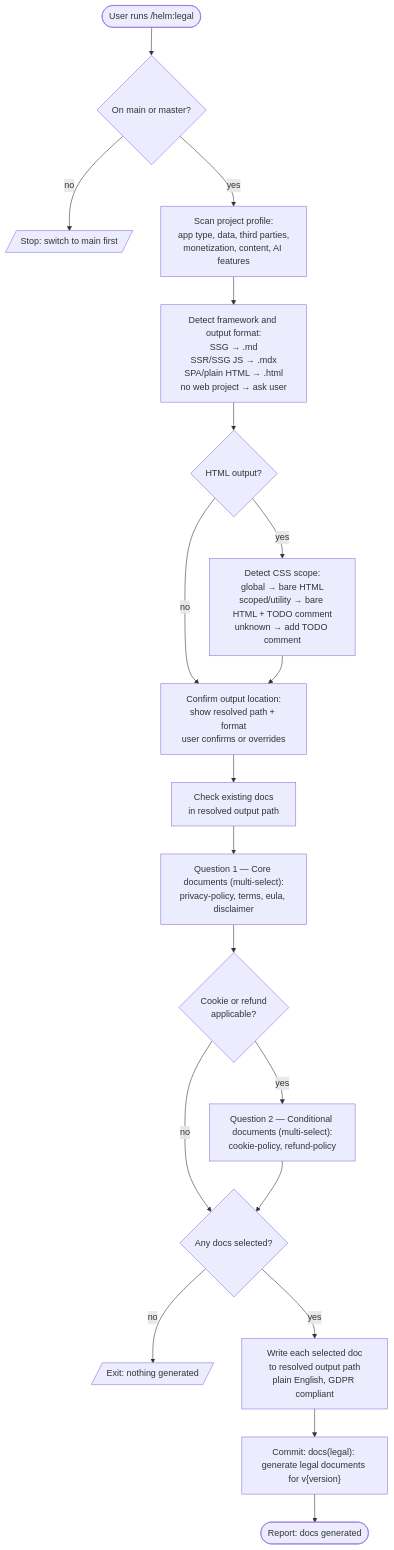
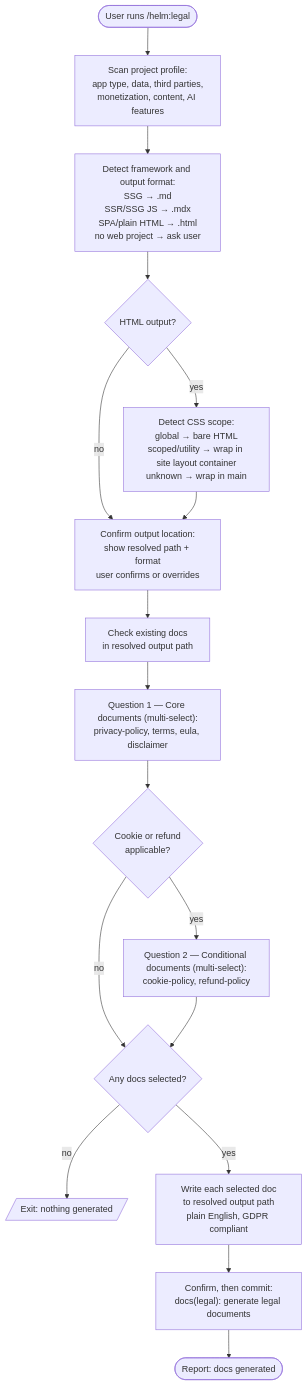
The diagram in docs/commands/legal.md (myowinthein/agent-helm), drawn with Mermaid before and after one commit. The commit also changed other lines of this file and 1 other file, not shown here.

First line of the commit message:
refactor(legal): drop branch check, fix report-on-cancel, dedupe Last updated

````diff
--- a/docs/commands/legal.md
+++ b/docs/commands/legal.md
@@ -13,26 +13,24 @@
 ```mermaid
 flowchart TD
-  Start([User runs /helm:legal]) --> Branch{On main or master?}
-  Branch -->|no| Stop[/Stop: switch to main first/]
-  Branch -->|yes| Scan[Scan project profile:<br/>app type, data, third parties,<br/>monetization, content, AI features]
+  Start([User runs /helm:legal]) --> Scan[Scan project profile:<br/>app type, data, third parties,<br/>monetization, content, AI features]
 
   Scan --> Framework[Detect framework and output format:<br/>SSG → .md<br/>SSR/SSG JS → .mdx<br/>SPA/plain HTML → .html<br/>no web project → ask user]
 
   Framework --> CSS{HTML output?}
-  CSS -->|yes| CSSDetect[Detect CSS scope:<br/>global → bare HTML<br/>scoped/utility → bare HTML + TODO comment<br/>unknown → add TODO comment]
+  CSS -->|yes| CSSDetect[Detect CSS scope:<br/>global → bare HTML<br/>scoped/utility → wrap in site layout container<br/>unknown → wrap in main]
   CSS -->|no| Confirm
   CSSDetect --> Confirm[Confirm output location:<br/>show resolved path + format<br/>user confirms or overrides]
 
   Confirm --> Existing[Check existing docs<br/>in resolved output path]
   Existing --> Q1["Question 1 — Core documents (multi-select):<br/>privacy-policy, terms, eula, disclaimer"]
   Q1 --> Q2{Cookie or refund<br/>applicable?}
   Q2 -->|yes| Q2ask["Question 2 — Conditional documents (multi-select):<br/>cookie-policy, refund-policy"]
   Q2 -->|no| Generate
   Q2ask --> Generate
 
   Generate{Any docs selected?}
   Generate -->|no| Cancel[/Exit: nothing generated/]
   Generate -->|yes| Write[Write each selected doc<br/>to resolved output path<br/>plain English, GDPR compliant]
-  Write --> Commit["Commit: docs(legal): generate legal documents for v{version}"]
+  Write --> Commit["Confirm, then commit:<br/>docs(legal): generate legal documents"]
   Commit --> Done([Report: docs generated])
 ```
````
